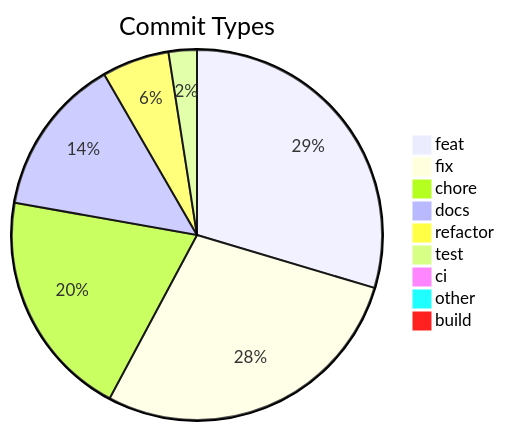
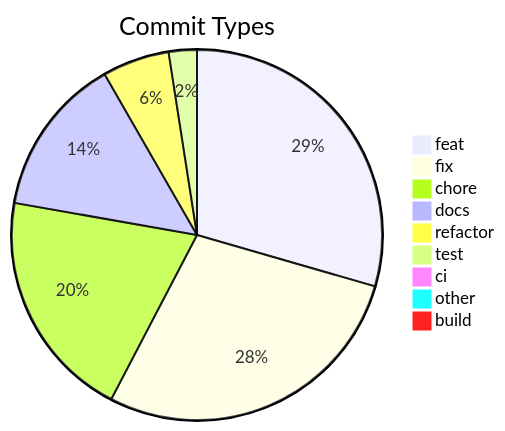
One commit to svenroth-ai/shipwright changed the diagram in .shipwright/compliance/change-history.md. Above: the diagram before and after it, drawn with Mermaid. The commit also changed other lines of this file and 16 other files, not shown here.

````diff
--- a/.shipwright/compliance/change-history.md
+++ b/.shipwright/compliance/change-history.md
@@ -8,12 +8,12 @@
 ```mermaid
 pie title Commit Types
     "feat" : 252
-    "fix" : 240
-    "chore" : 170
-    "docs" : 118
+    "fix" : 241
+    "chore" : 172
+    "docs" : 119
     "refactor" : 50
     "test" : 21
     "ci" : 7
     "other" : 7
     "build" : 1
 ```
````
